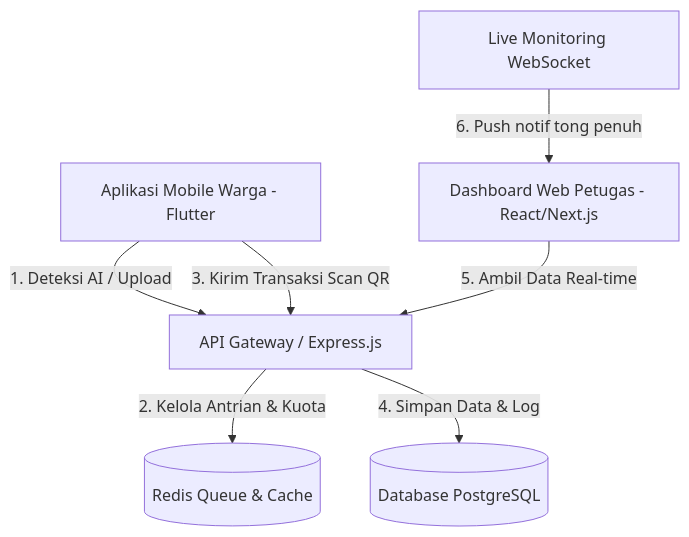
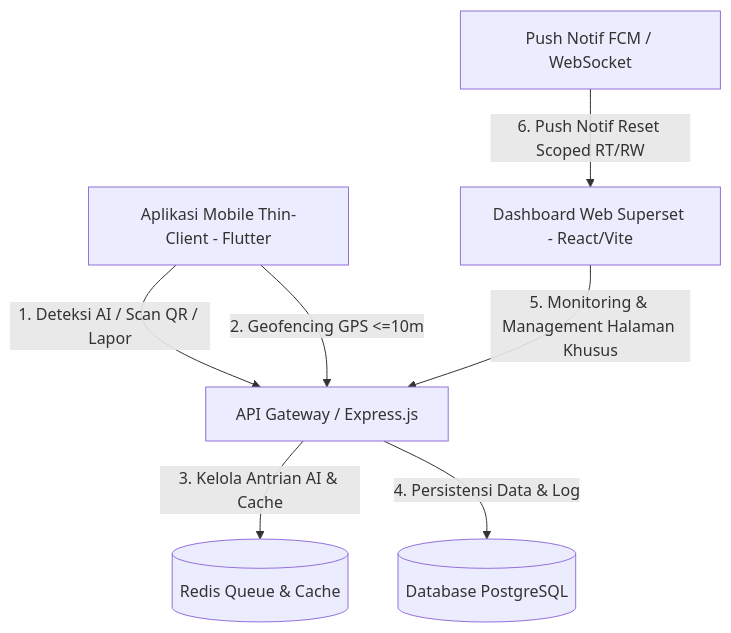
The diagram in docs/sdd.md (JexyDev/Pilah-Sampah-Cerdas), drawn with Mermaid before and after one commit. The commit also changed other lines of this file and 345 other files, not shown here.

````diff
--- a/docs/sdd.md
+++ b/docs/sdd.md
@@ -5,9 +5,9 @@
 ```mermaid
 graph TD
-    A[Aplikasi Mobile Warga - Flutter] -->|1. Deteksi AI / Upload| B[API Gateway / Express.js]
-    A -->|3. Kirim Transaksi Scan QR| B
-    B -->|2. Kelola Antrian & Kuota| C[(Redis Queue & Cache)]
-    B -->|4. Simpan Data & Log| D[(Database PostgreSQL)]
-    E[Dashboard Web Petugas - React/Next.js] -->|5. Ambil Data Real-time| B
-    F[Live Monitoring WebSocket] -->|6. Push notif tong penuh| E
+    A[Aplikasi Mobile Thin-Client - Flutter] -->|1. Deteksi AI / Scan QR / Lapor| B[API Gateway / Express.js]
+    A -->|2. Geofencing GPS <=10m| B
+    B -->|3. Kelola Antrian AI & Cache| C[(Redis Queue & Cache)]
+    B -->|4. Persistensi Data & Log| D[(Database PostgreSQL)]
+    E[Dashboard Web Superset - React/Vite] -->|5. Monitoring & Management Halaman Khusus| B
+    F[Push Notif FCM / WebSocket] -->|6. Push Notif Reset Scoped RT/RW| E
 ```
````
